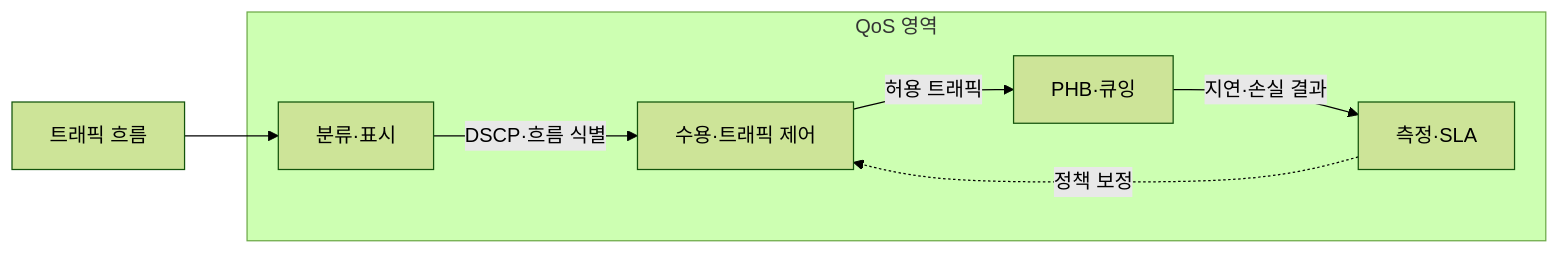
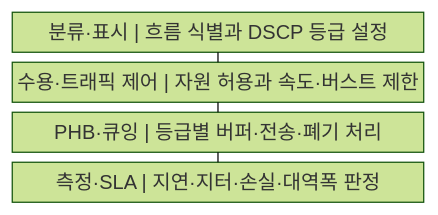
Before and after one commit to agnusdei1207/knowledge-base: the first of 2 diagrams in src/content/docs/notes/04-network/072_qos_diffserv_intserv.md, drawn with Mermaid (forest theme). The commit also changed other lines of this file and 20 other files, not shown here.

````diff
--- a/src/content/docs/notes/04-network/072_qos_diffserv_intserv.md
+++ b/src/content/docs/notes/04-network/072_qos_diffserv_intserv.md
@@ -55,15 +54,11 @@
 ```mermaid
-flowchart LR
-    F[트래픽 흐름]
-    subgraph Q[QoS 영역]
-        CLASS[분류·표시]
-        CTRL[수용·트래픽 제어]
-        PHB[PHB·큐잉]
-        OBS[측정·SLA]
-        CLASS -->|DSCP·흐름 식별| CTRL
-        CTRL -->|허용 트래픽| PHB
-        PHB -->|지연·손실 결과| OBS
-        OBS -.->|정책 보정| CTRL
-    end
-    F --> CLASS
+block
+    columns 1
+    A["분류·표시 | 흐름 식별과 DSCP 등급 설정"]
+    B["수용·트래픽 제어 | 자원 허용과 속도·버스트 제한"]
+    C["PHB·큐잉 | 등급별 버퍼·전송·폐기 처리"]
+    D["측정·SLA | 지연·지터·손실·대역폭 판정"]
+    A --- B
+    B --- C
+    C --- D
 ```
````
